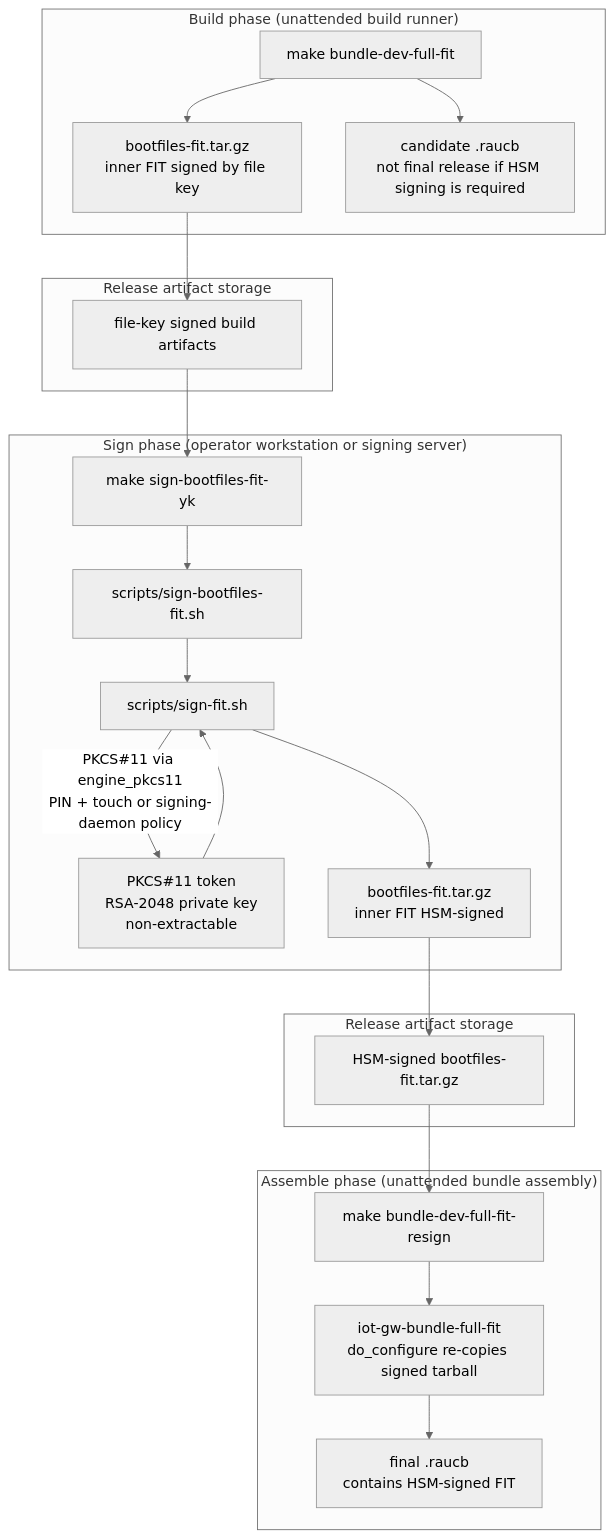
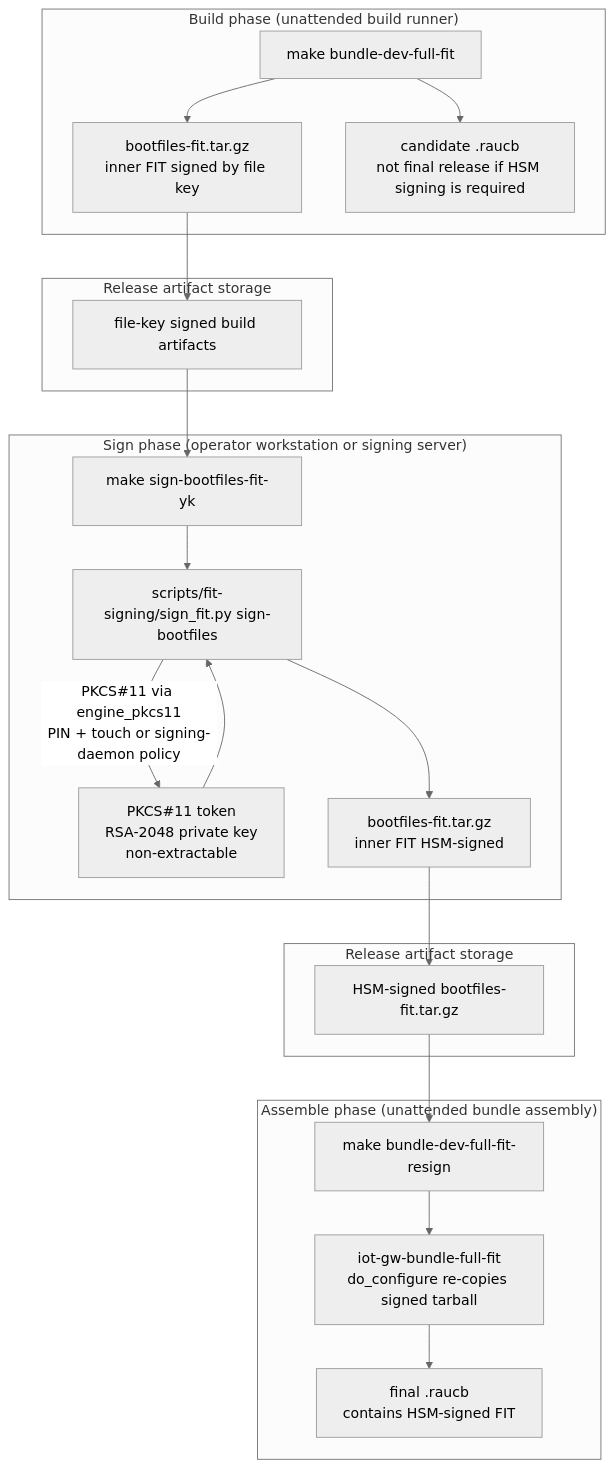
One commit to umair-as/rpi5-iot-gateway changed the first of 2 diagrams in docs/FIT_BOOT_SIGNING.md. Above: the diagram before and after it, drawn with Mermaid (neutral theme). The commit also changed other lines of this file and 13 other files, not shown here.

````diff
--- a/docs/FIT_BOOT_SIGNING.md
+++ b/docs/FIT_BOOT_SIGNING.md
@@ -825,39 +840,38 @@
 ```mermaid
 flowchart TD
     subgraph BuildPhase["Build phase (unattended build runner)"]
         A["make bundle-dev-full-fit"]
         B["bootfiles-fit.tar.gz<br/>inner FIT signed by file key"]
         C["candidate .raucb<br/>not final release if HSM signing is required"]
         A --> B
         A --> C
     end
 
     subgraph Store1["Release artifact storage"]
         D["file-key signed build artifacts"]
     end
 
     subgraph SignPhase["Sign phase (operator workstation or signing server)"]
         E["make sign-bootfiles-fit-yk"]
-        F["scripts/sign-bootfiles-fit.sh"]
-        G["scripts/sign-fit.sh"]
+        G["scripts/fit-signing/sign_fit.py sign-bootfiles"]
         YK["PKCS#11 token<br/>RSA-2048 private key<br/>non-extractable"]
         H["bootfiles-fit.tar.gz<br/>inner FIT HSM-signed"]
-        E --> F --> G
+        E --> G
         G -->|"PKCS#11 via engine_pkcs11<br/>PIN + touch or signing-daemon policy"| YK
         YK --> G --> H
     end
 
     subgraph Store2["Release artifact storage"]
         I["HSM-signed bootfiles-fit.tar.gz"]
     end
 
     subgraph AssemblePhase["Assemble phase (unattended bundle assembly)"]
         J["make bundle-dev-full-fit-resign"]
         K["iot-gw-bundle-full-fit<br/>do_configure re-copies signed tarball"]
         L["final .raucb<br/>contains HSM-signed FIT"]
         J --> K --> L
     end
 
     B --> D --> E
     H --> I --> J
 ```
````
